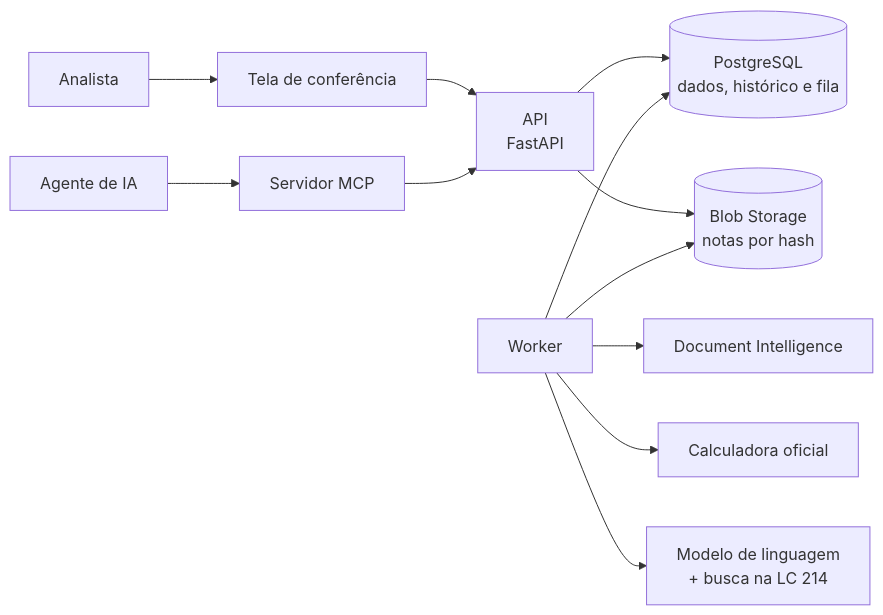
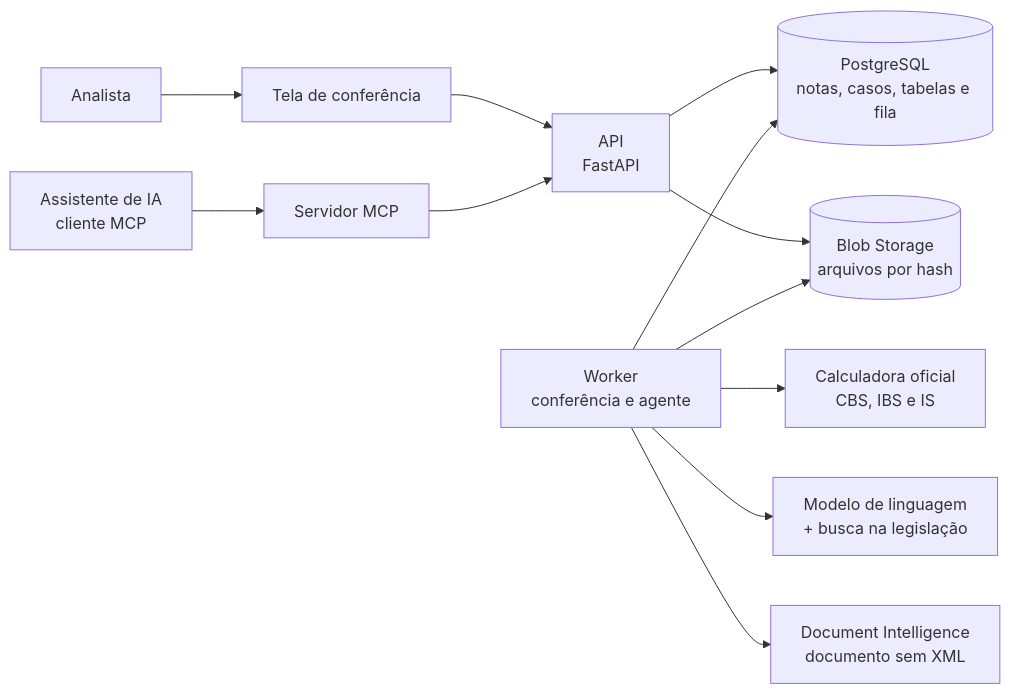
Before and after one commit to GuilhermeAJJ/IVA-DUAL-CHECK: the second of 2 diagrams in README.md, drawn with Mermaid. The commit also changed other lines of this file and 2 other files, not shown here.

````diff
--- a/README.md
+++ b/README.md
@@ -52,12 +94,12 @@
 ```mermaid
 flowchart LR
     AN["Analista"] --> FE["Tela de conferência"] --> API["API<br/>FastAPI"]
-    AG["Agente de IA"] --> MCP["Servidor MCP"] --> API
-    API --> PG[("PostgreSQL<br/>dados, histórico e fila")]
-    API --> BL[("Blob Storage<br/>notas por hash")]
-    W["Worker"] --> PG
+    CL["Assistente de IA<br/>cliente MCP"] --> MCP["Servidor MCP"] --> API
+    API --> PG[("PostgreSQL<br/>notas, casos, tabelas e fila")]
+    API --> BL[("Blob Storage<br/>arquivos por hash")]
+    W["Worker<br/>conferência e agente"] --> PG
     W --> BL
-    W --> DI["Document Intelligence"]
-    W --> CALC["Calculadora oficial"]
-    W --> LLM["Modelo de linguagem<br/>+ busca na LC 214"]
+    W --> CALC["Calculadora oficial<br/>CBS, IBS e IS"]
+    W --> LLM["Modelo de linguagem<br/>+ busca na legislação"]
+    W --> DI["Document Intelligence<br/>documento sem XML"]
 ```
````
